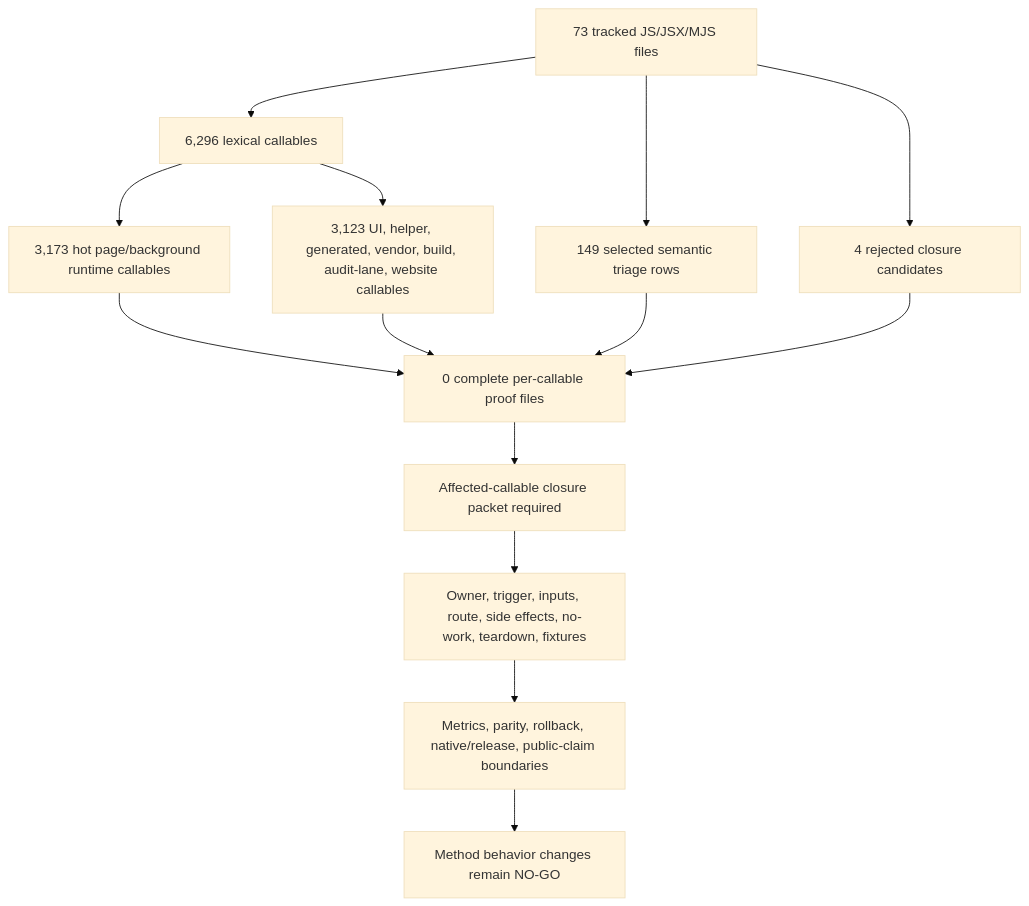
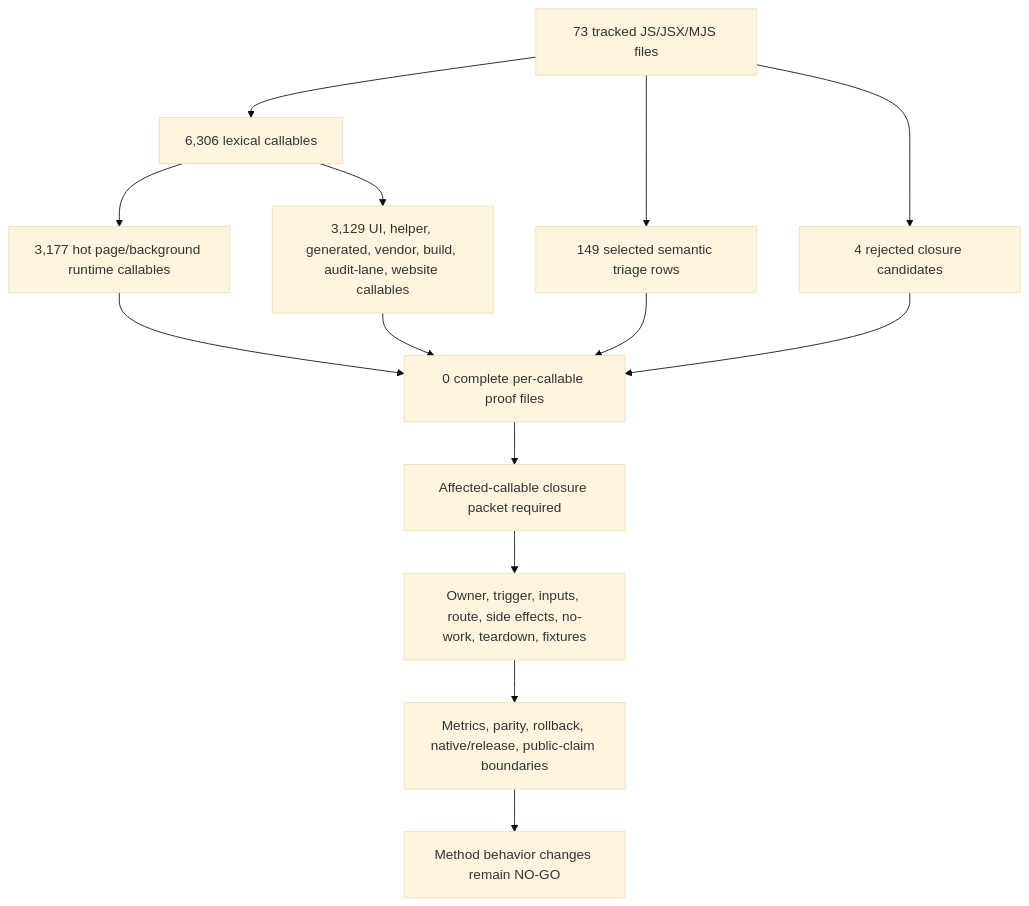
Before and after one commit to varshneydevansh/FilterTube: the first of 2 diagrams in docs/audit/FILTERTUBE_METHOD_SEMANTIC_PROOF_GAP_INDEX_CURRENT_BEHAVIOR_2026-05-25.md, drawn with Mermaid (base theme). The commit also changed other lines of this file and 193 other files, not shown here.

````diff
--- a/docs/audit/FILTERTUBE_METHOD_SEMANTIC_PROOF_GAP_INDEX_CURRENT_BEHAVIOR_2026-05-25.md
+++ b/docs/audit/FILTERTUBE_METHOD_SEMANTIC_PROOF_GAP_INDEX_CURRENT_BEHAVIOR_2026-05-25.md
@@ -147,16 +147,16 @@
 ```mermaid
 flowchart TD
-  A["73 tracked JS/JSX/MJS files"] --> B["6,296 lexical callables"]
-  B --> C["3,173 hot page/background runtime callables"]
-  B --> D["3,123 UI, helper, generated, vendor, build, audit-lane, website callables"]
+  A["73 tracked JS/JSX/MJS files"] --> B["6,306 lexical callables"]
+  B --> C["3,177 hot page/background runtime callables"]
+  B --> D["3,129 UI, helper, generated, vendor, build, audit-lane, website callables"]
   A --> E["149 selected semantic triage rows"]
   A --> F["4 rejected closure candidates"]
   C --> G["0 complete per-callable proof files"]
   D --> G
   E --> G
   F --> G
   G --> H["Affected-callable closure packet required"]
   H --> I["Owner, trigger, inputs, route, side effects, no-work, teardown, fixtures"]
   I --> J["Metrics, parity, rollback, native/release, public-claim boundaries"]
   J --> K["Method behavior changes remain NO-GO"]
 ```
````
